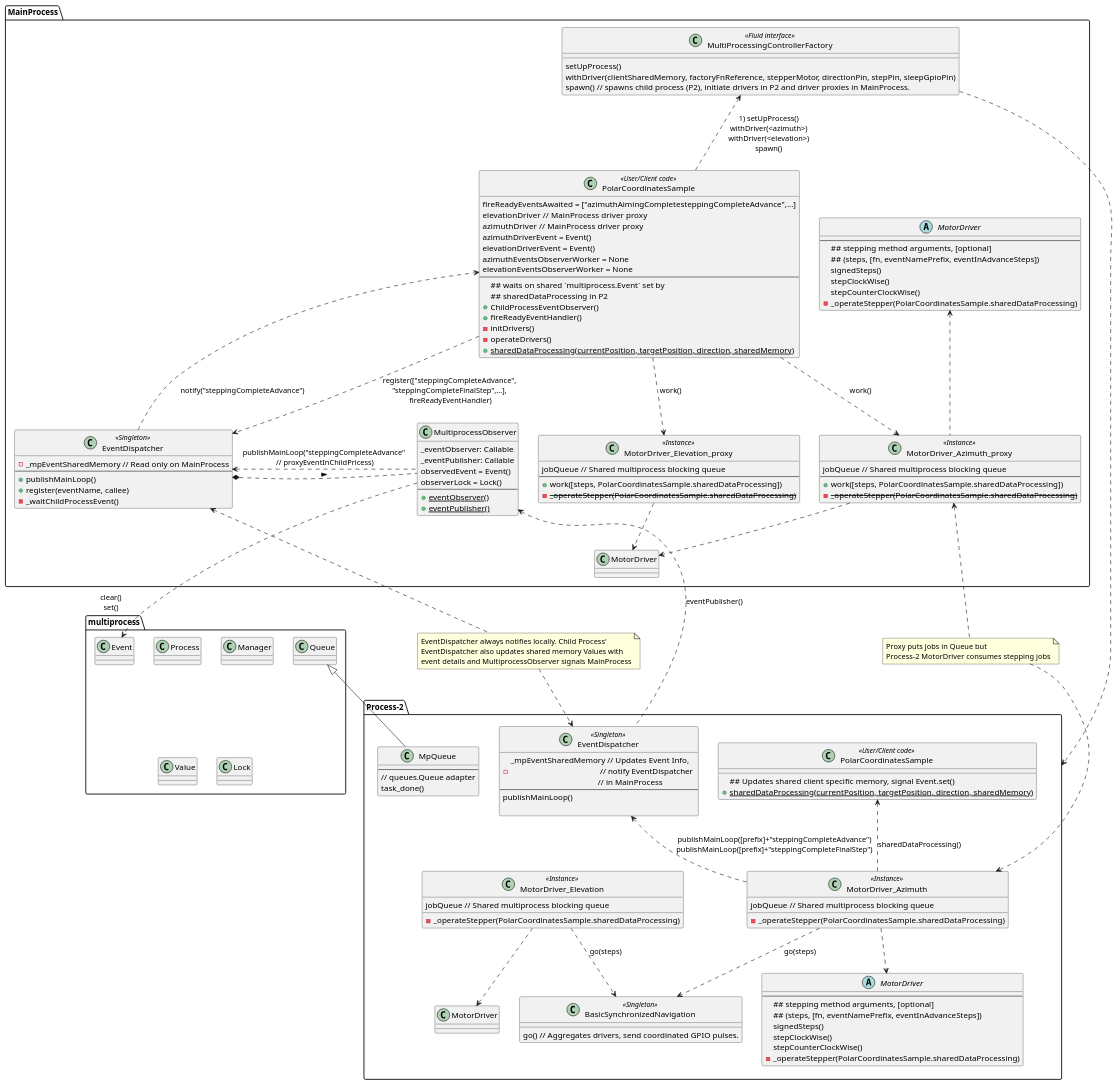
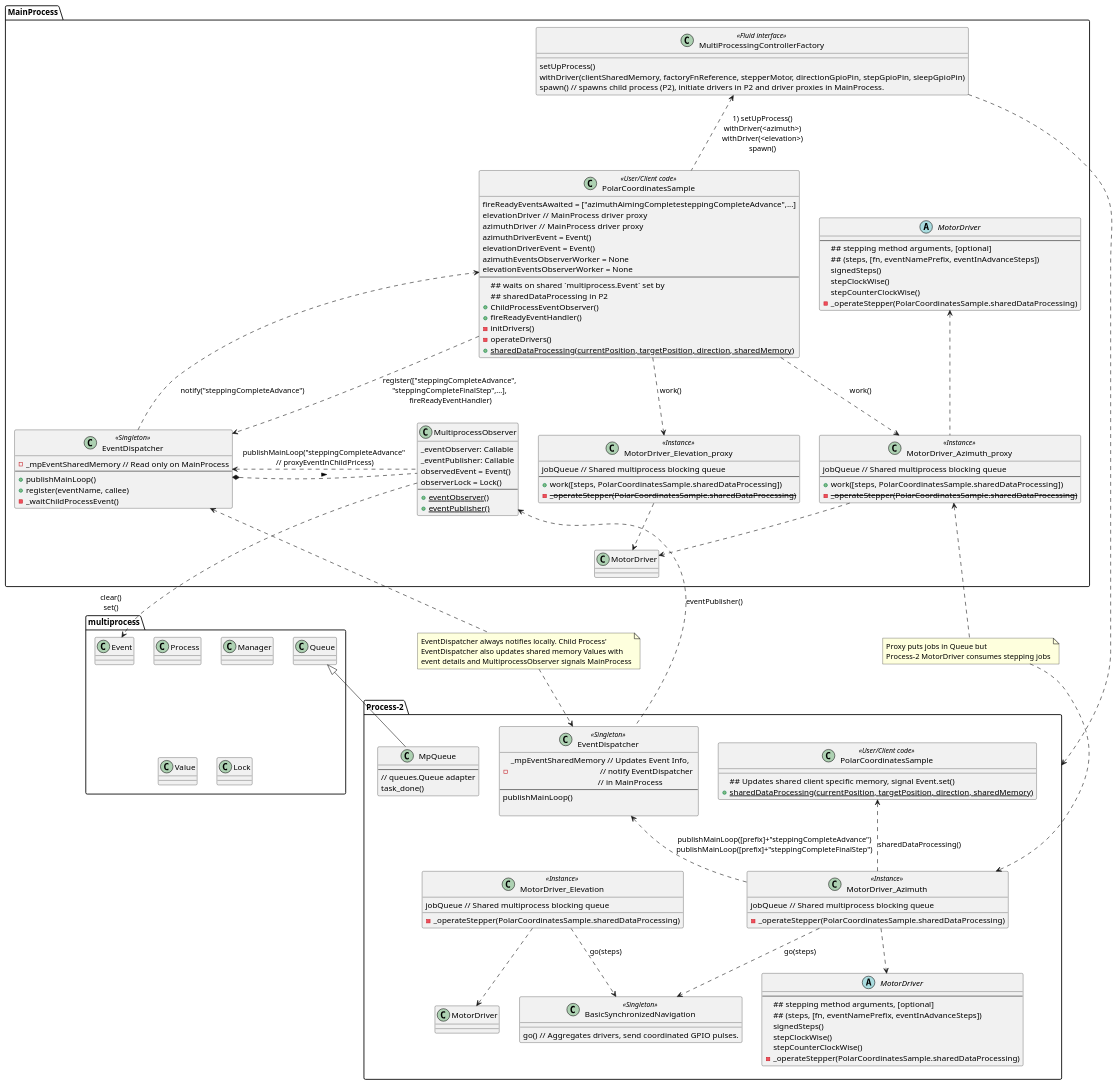
One commit to juanmf/StepperMotors changed the diagram in doc/multiprocess.puml. Above: the diagram before and after it, drawn with PlantUML. The commit also changed 7 other files, not shown here.

```diff
--- a/doc/multiprocess.puml
+++ b/doc/multiprocess.puml
@@ -1,159 +1,159 @@
 @startuml
 'https://plantuml.com/class-diagram
 
 package multiprocess {
 class Event
 class Process
 class Manager
 class Value
 class Queue
 class Lock
 }
 
 package MainProcess {
 class EventDispatcher as "EventDispatcher" <<Singleton>> {
 - _mpEventSharedMemory // Read only on MainProcess
 --
 + publishMainLoop()
 + register(eventName, callee)
 - _waitChildProcessEvent()
 }
 
 class MultiprocessObserver {
 _eventObserver: Callable
 _eventPublisher: Callable
 observedEvent = Event()
 observerLock = Lock()
 --
 + {static} eventObserver()
 + {static} eventPublisher()
 }
 
 abstract class MotorDriver1 as "MotorDriver" {
 --
 ## stepping method arguments, [optional]
 ## (steps, [fn, eventNamePrefix, eventInAdvanceSteps])
 signedSteps()
 stepClockWise()
 stepCounterClockWise()
 - _operateStepper(PolarCoordinatesSample.sharedDataProcessing)
 }
 class MotorDriver_Elevation_proxy << Instance>> {
 jobQueue // Shared multiprocess blocking queue
 --
 + work([steps, PolarCoordinatesSample.sharedDataProcessing])
 - <s>_operateStepper(PolarCoordinatesSample.sharedDataProcessing)</s>
 }
 class MotorDriver_Azimuth_proxy  <<Instance>> {
 jobQueue // Shared multiprocess blocking queue
 --
 + work([steps, PolarCoordinatesSample.sharedDataProcessing])
 - <s>_operateStepper(PolarCoordinatesSample.sharedDataProcessing)</s>
 }
 MotorDriver_Elevation_proxy ..> MotorDriver
 MotorDriver_Azimuth_proxy ..> MotorDriver
 
 class PolarCoordinatesSample <<User/Client code>> {
         fireReadyEventsAwaited = ["azimuthAimingCompletesteppingCompleteAdvance",...]
         elevationDriver  // MainProcess driver proxy
         azimuthDriver  // MainProcess driver proxy
         azimuthDriverEvent = Event()
         elevationDriverEvent = Event()
         azimuthEventsObserverWorker = None
         elevationEventsObserverWorker = None
 --
 ## waits on shared `multiprocess.Event` set by \n## sharedDataProcessing in P2
 +ChildProcessEventObserver()
 +fireReadyEventHandler()
 -initDrivers()
 -operateDrivers()
 + {static} sharedDataProcessing(currentPosition, targetPosition, direction, sharedMemory)
 }
 class MultiProcessingControllerFactory <<Fluid interface>>{
 setUpProcess()
-withDriver(clientSharedMemory, factoryFnReference, stepperMotor, directionPin, stepPin, sleepGpioPin)
+withDriver(clientSharedMemory, factoryFnReference, stepperMotor, directionGpioPin, stepGpioPin, sleepGpioPin)
 spawn() // spawns child process (P2), initiate drivers in P2 and driver proxies in MainProcess.
 }
 }
 package Process2 as "Process-2" {
 class MpQueue {
 --
 // queues.Queue adapter
 task_done()
 }
 class PolarCoordinatesSample2 as "PolarCoordinatesSample" <<User/Client code>> {
 ## Updates shared client specific memory, signal Event.set()
 + {static} sharedDataProcessing(currentPosition, targetPosition, direction, sharedMemory)
 }
 class EventDispatcher2 as "EventDispatcher" <<Singleton>> {
 - _mpEventSharedMemory // Updates Event Info, \n                                           // notify EventDispatcher \n                                          // in MainProcess
 --
 publishMainLoop()
 
 }
 class BasicSynchronizedNavigation <<Singleton>> {
 go() // Aggregates drivers, send coordinated GPIO pulses.
 }
 
 abstract class MotorDriver2 as "MotorDriver" {
 --
 ## stepping method arguments, [optional]
 ## (steps, [fn, eventNamePrefix, eventInAdvanceSteps])
 signedSteps()
 stepClockWise()
 stepCounterClockWise()
 - _operateStepper(PolarCoordinatesSample.sharedDataProcessing)
 }
 class MotorDriver_Elevation <<Instance>> {
 jobQueue // Shared multiprocess blocking queue
 - _operateStepper(PolarCoordinatesSample.sharedDataProcessing)
 }
 class MotorDriver_Azimuth <<Instance>> {
 jobQueue // Shared multiprocess blocking queue
 - _operateStepper(PolarCoordinatesSample.sharedDataProcessing)
 }
 
 }
 PolarCoordinatesSample .up.> MultiProcessingControllerFactory : 1) setUpProcess()\nwithDriver(<azimuth>)\nwithDriver(<elevation>)\nspawn()
 PolarCoordinatesSample ..> EventDispatcher : register(["steppingCompleteAdvance",\n "steppingCompleteFinalStep",...], \n fireReadyEventHandler)
 MultiProcessingControllerFactory .right..> Process2
 
 PolarCoordinatesSample ..> MotorDriver_Elevation_proxy : work()
 PolarCoordinatesSample ..> MotorDriver_Azimuth_proxy : work()
 MotorDriver_Azimuth_proxy .up.> MotorDriver1
 
 MotorDriver_Elevation .down.> "Process2.MotorDriver"
 MotorDriver_Azimuth ..> MotorDriver2
 MotorDriver_Elevation ..> BasicSynchronizedNavigation: go(steps)
 MotorDriver_Azimuth ..> BasicSynchronizedNavigation: go(steps)
 MotorDriver_Azimuth .up.> "EventDispatcher2" : publishMainLoop([prefix]+"steppingCompleteAdvance")\npublishMainLoop([prefix]+"steppingCompleteFinalStep")
 MotorDriver_Azimuth .up.> PolarCoordinatesSample2 : sharedDataProcessing()
 
 EventDispatcher ..> PolarCoordinatesSample : notify("steppingCompleteAdvance")
 
 MpQueue -up-|>  multiprocess.Queue
 MultiprocessObserver ..up..* EventDispatcher : <
 MultiprocessObserver .left..> EventDispatcher : publishMainLoop("steppingCompleteAdvance" \n// proxyEventInChildPricess)
 MultiprocessObserver .down..> "clear()\n set() \n\n" Event
 MultiprocessObserver <.. EventDispatcher2 : eventPublisher()
 
 
 note as N1
 Proxy puts jobs in Queue but
 Process-2 MotorDriver consumes stepping jobs
 end note
 
 note as N2
 EventDispatcher always notifies locally. Child Process'
 EventDispatcher also updates shared memory Values with
 event details and MultiprocessObserver signals MainProcess
 end note
 
 N1 .up.> MotorDriver_Azimuth_proxy
 N1 .down..> MotorDriver_Azimuth
 
 N2 .up..> EventDispatcher
 N2 .down.> EventDispatcher2
 
 
 @enduml
```
